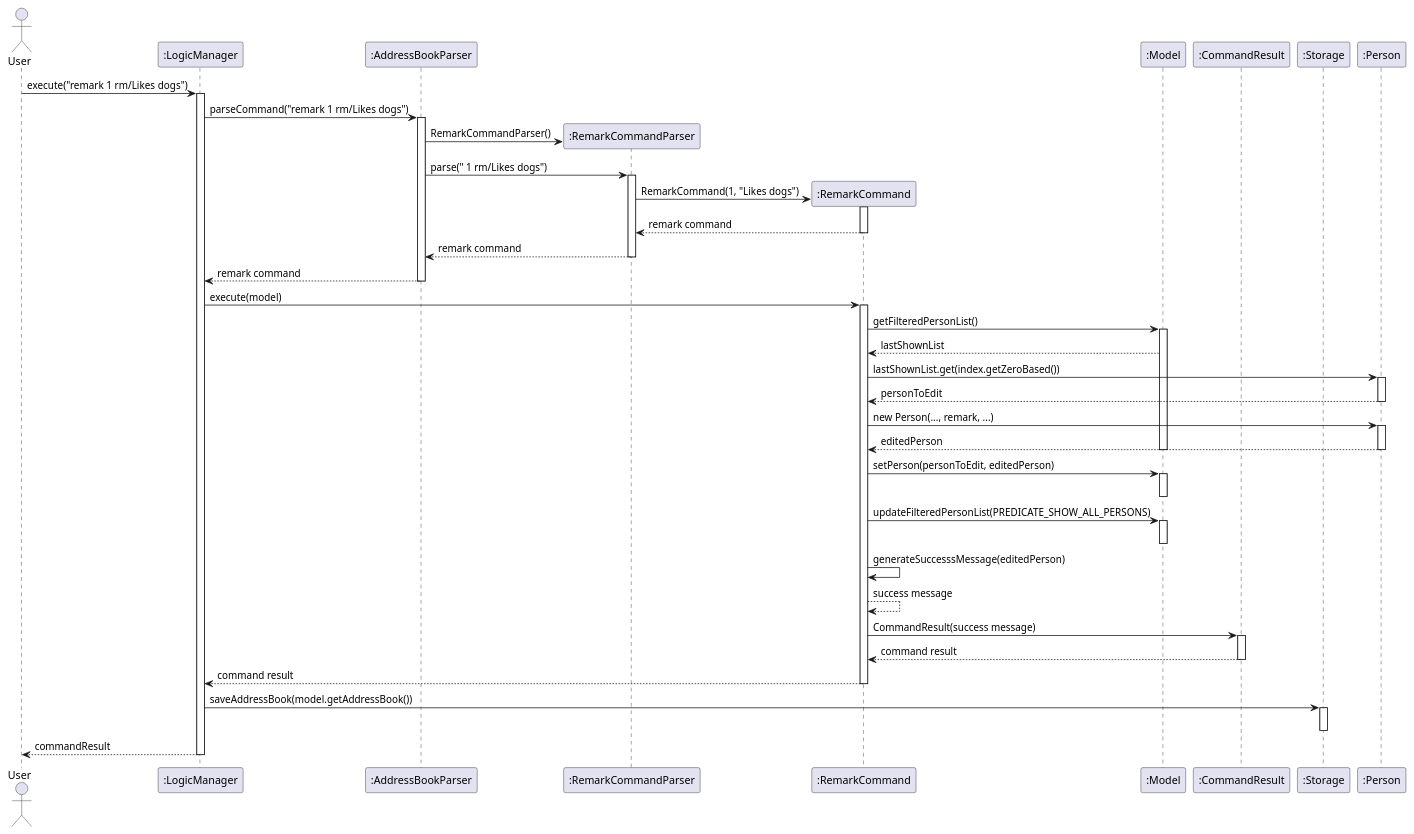
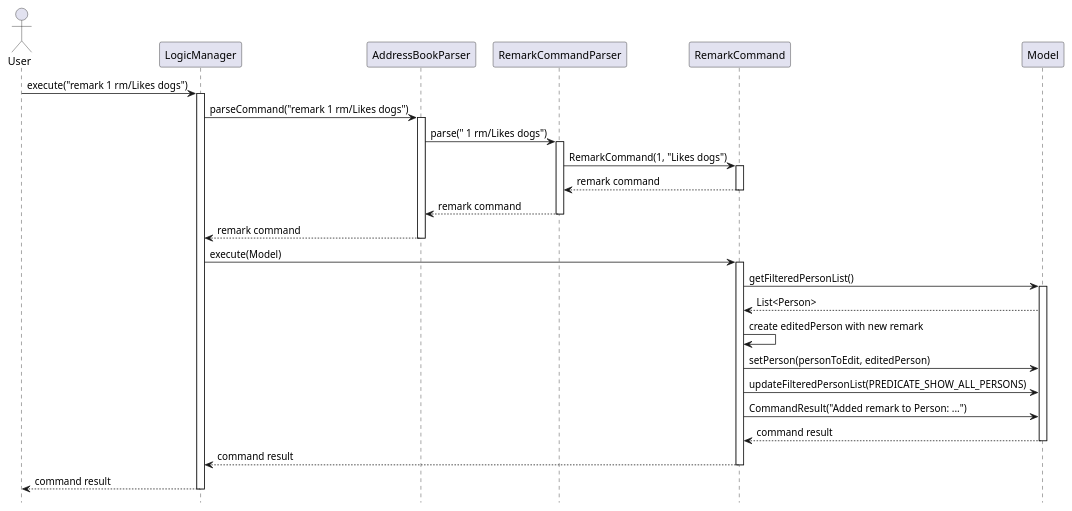
Before and after one commit to Kimberlee97/tp: the diagram in docs/diagrams/add-remark/RemarkSequence.puml, drawn with PlantUML.

Commit message:
Improve Remark sequence diagram

```diff
--- a/docs/diagrams/add-remark/RemarkSequence.puml
+++ b/docs/diagrams/add-remark/RemarkSequence.puml
@@ -1,77 +1,42 @@
 @startuml
+hide footbox
 actor User
+participant "LogicManager" as L
+participant "AddressBookParser" as ABP
+participant "RemarkCommandParser" as RCP
+participant "RemarkCommand" as RC
+participant "Model" as M
 
-participant ":LogicManager" as Logic
-participant ":AddressBookParser" as ABP
-participant ":RemarkCommandParser" as RCP
-participant ":RemarkCommand" as RC
-participant ":Model" as Model
-participant ":CommandResult" as CR
-participant ":Storage" as Storage
-participant ":Person" as P
+User -> L : execute("remark 1 rm/Likes dogs")
+activate L
 
-User -> Logic : execute("remark 1 rm/Likes dogs")
-activate Logic
-
-Logic -> ABP : parseCommand("remark 1 rm/Likes dogs")
+L -> ABP : parseCommand("remark 1 rm/Likes dogs")
 activate ABP
 
-create RCP
-ABP -> RCP : RemarkCommandParser()
 ABP -> RCP : parse(" 1 rm/Likes dogs")
 activate RCP
-
-create RC
 RCP -> RC : RemarkCommand(1, "Likes dogs")
 activate RC
 RC --> RCP : remark command
 deactivate RC
-
 RCP --> ABP : remark command
 deactivate RCP
-
-ABP --> Logic : remark command
+ABP --> L : remark command
 deactivate ABP
 
-Logic -> RC : execute(model)
+L -> RC : execute(Model)
 activate RC
-
-RC -> Model : getFilteredPersonList()
-activate Model
-Model --> RC : lastShownList
-RC -> P : lastShownList.get(index.getZeroBased())
-activate P
-P --> RC : personToEdit
-deactivate P
-RC -> P : new Person(..., remark, ...)
-activate P
-P --> RC : editedPerson
-deactivate P
-deactivate Model
-
-RC -> Model : setPerson(personToEdit, editedPerson)
-activate Model
-deactivate Model
-
-RC -> Model : updateFilteredPersonList(PREDICATE_SHOW_ALL_PERSONS)
-activate Model
-deactivate Model
-
-RC -> RC : generateSuccesssMessage(editedPerson)
-RC --> RC : success message
-RC -> CR : CommandResult(success message)
-activate CR
-CR --> RC : command result
-deactivate CR
-
-RC --> Logic : command result
+RC -> M : getFilteredPersonList()
+activate M
+M --> RC : List<Person>
+RC -> RC : create editedPerson with new remark
+RC -> M : setPerson(personToEdit, editedPerson)
+RC -> M : updateFilteredPersonList(PREDICATE_SHOW_ALL_PERSONS)
+RC -> M : CommandResult("Added remark to Person: ...")
+M --> RC : command result
+deactivate M
+RC --> L : command result
 deactivate RC
-
-Logic -> Storage : saveAddressBook(model.getAddressBook())
-activate Storage
-deactivate Storage
-
-Logic --> User : commandResult
-deactivate Logic
-
+L --> User : command result
+deactivate L
 @enduml
```
